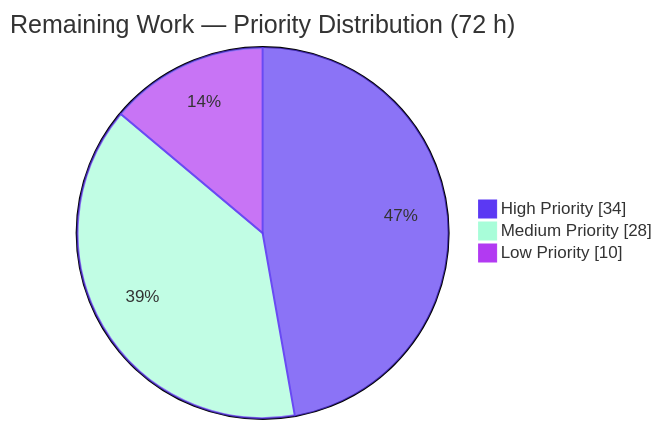
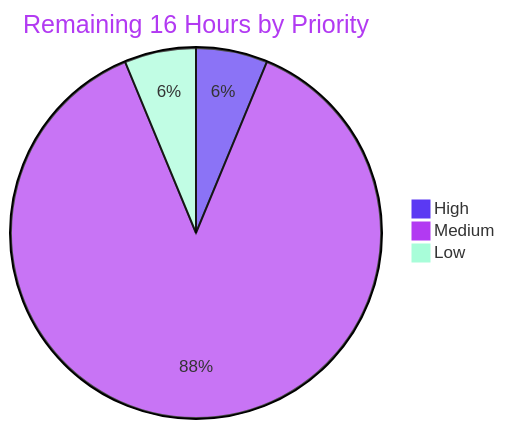
One commit to jrubin-blitzy/Sales-Connections changed the third of 5 diagrams in blitzy/documentation/Project Guide.md. Above: the diagram before and after it, drawn with Mermaid. The commit also changed other lines of this file, not shown here.

Commit message:
Adding Blitzy Project Guide: Project Status and Human Tasks Remaining

````diff
--- a/blitzy/documentation/Project Guide.md
+++ b/blitzy/documentation/Project Guide.md
@@ -274,7 +282,7 @@
 ```mermaid
-%%{init: {"theme":"base","themeVariables":{"pie1":"#5B39F3","pie2":"#A8FDD9","pie3":"#B23AF2","pieStrokeColor":"#5B39F3"}}}%%
-pie showData title Remaining Work — Priority Distribution (72 h)
-    "High Priority" : 34
-    "Medium Priority" : 28
-    "Low Priority" : 10
+%%{init: {'theme':'base','themeVariables':{'pie1':'#5B39F3','pie2':'#B23AF2','pie3':'#A8FDD9','pieTitleTextColor':'#B23AF2'}}}%%
+pie title Remaining 16 Hours by Priority
+    "High" : 1
+    "Medium" : 14
+    "Low" : 1
 ```
````
